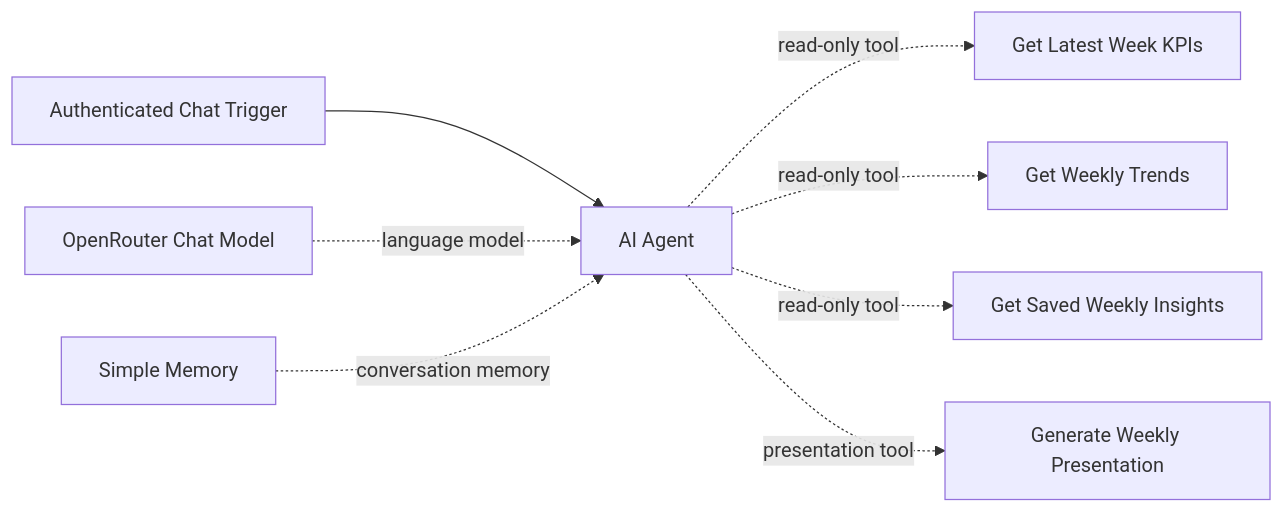
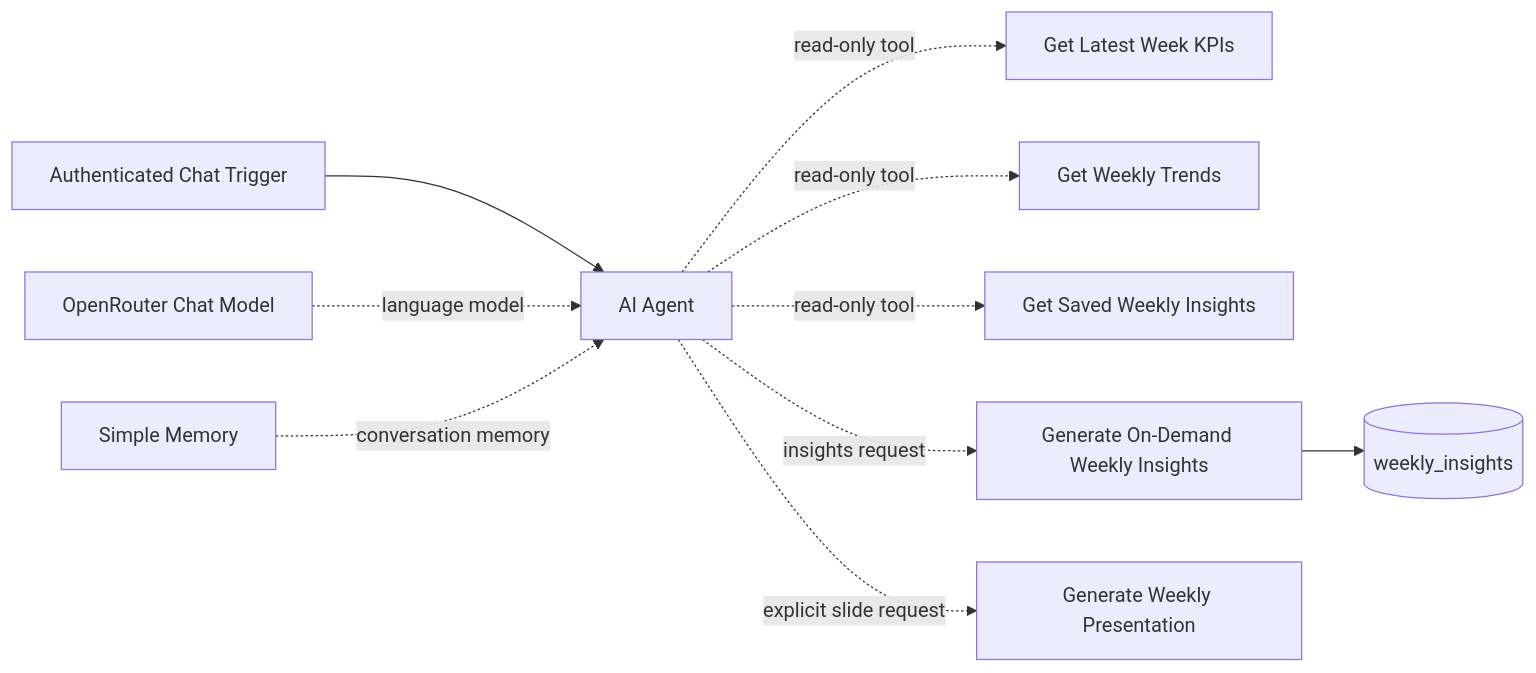
Before and after one commit to cizmeli/ga4-ai-analytics-automation: the diagram in workflows/docs/ga4-ai-analytics-assistant.md, drawn with Mermaid. The commit also changed other lines of this file, not shown here.

Commit message:
docs: document assistant insights routing and slide intent

````diff
--- a/workflows/docs/ga4-ai-analytics-assistant.md
+++ b/workflows/docs/ga4-ai-analytics-assistant.md
@@ -20,10 +23,12 @@
 ```mermaid
 flowchart LR
   C[Authenticated Chat Trigger] --> A[AI Agent]
   M[OpenRouter Chat Model] -. language model .-> A
   S[Simple Memory] -. conversation memory .-> A
   A -. read-only tool .-> K[Get Latest Week KPIs]
   A -. read-only tool .-> T[Get Weekly Trends]
   A -. read-only tool .-> I[Get Saved Weekly Insights]
-  A -. presentation tool .-> P[Generate Weekly Presentation]
+  A -. insights request .-> W[Generate On-Demand Weekly Insights]
+  W --> PG[(weekly_insights)]
+  A -. explicit slide request .-> P[Generate Weekly Presentation]
 ```
````
